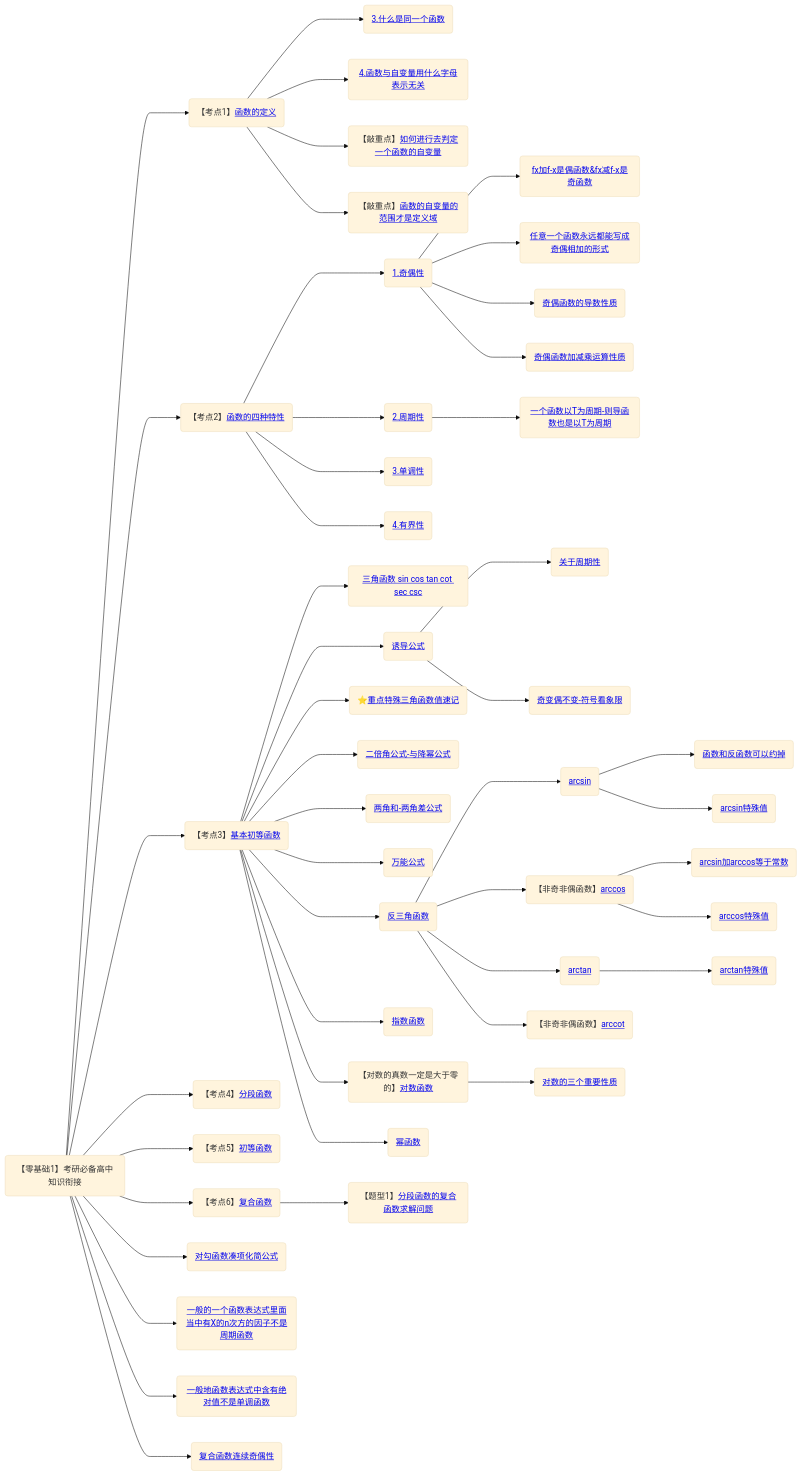
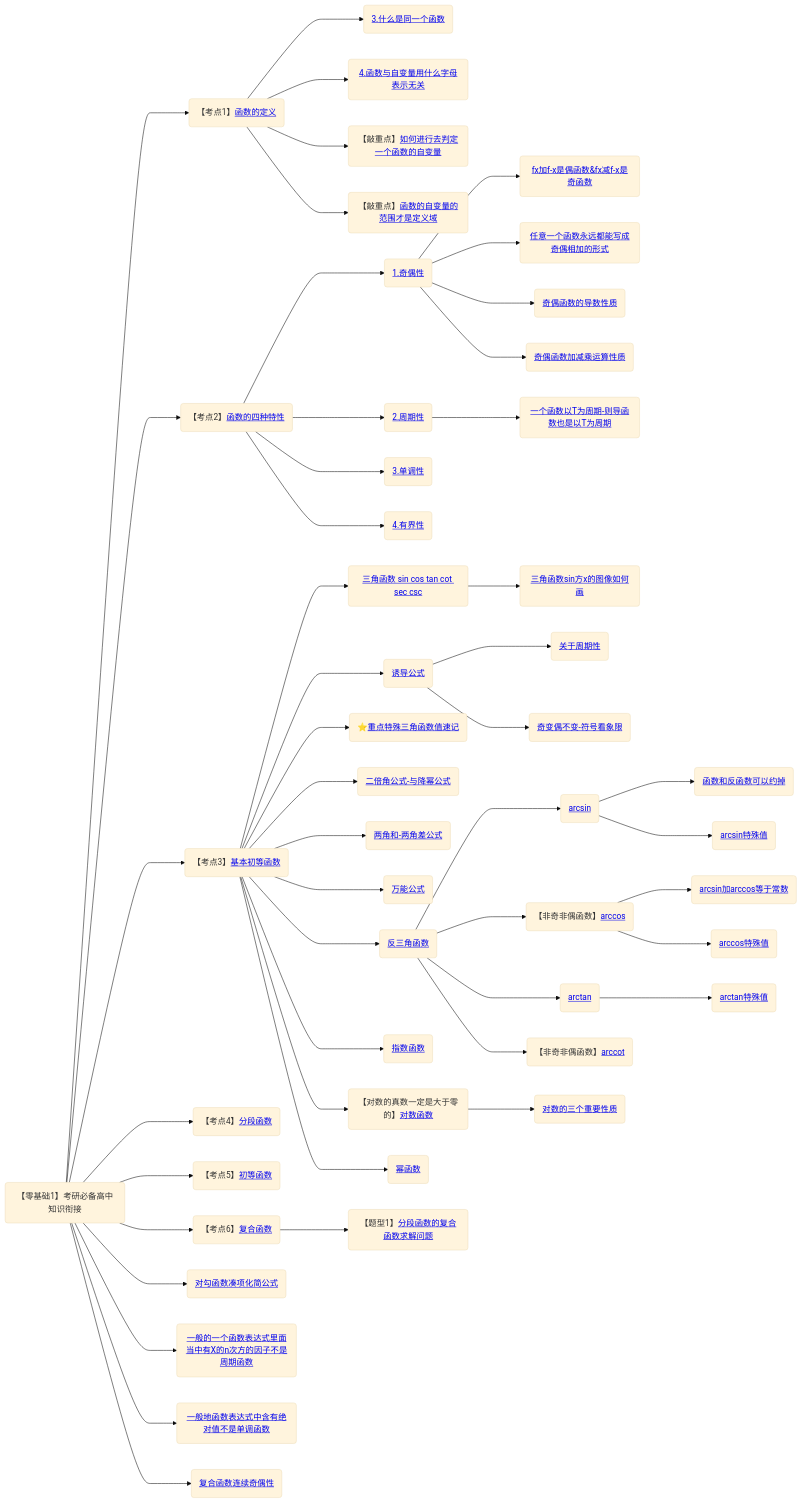
One commit to yuebinghui/note changed the second of 11 diagrams in 笔记/数学/周洋鑫/00.框架.md. Above: the diagram before and after it, drawn with Mermaid (base theme). The commit also changed other lines of this file and 3 other files, not shown here.

````diff
--- a/笔记/数学/周洋鑫/00.框架.md
+++ b/笔记/数学/周洋鑫/00.框架.md
@@ -11,74 +11,75 @@
 ```mermaid
 graph LR
 考研必备高中知识衔接(【零基础1】考研必备高中知识衔接)
 
 考研必备高中知识衔接--->函数的定义(【考点1】<a href="/Users/yuebinghui/Documents/program/github/note/笔记/数学/周洋鑫/02.零基础核心考点精讲1-1～2-1.md#函数的定义">函数的定义</>)
 函数的定义--->3.什么是同一个函数(<a href="/Users/yuebinghui/Documents/program/github/note/笔记/数学/周洋鑫/02.零基础核心考点精讲1-1～2-1.md#3.什么是同一个函数">3.什么是同一个函数</>)
 函数的定义--->4.函数与自变量用什么字母表示无关(<a href="/Users/yuebinghui/Documents/program/github/note/笔记/数学/周洋鑫/02.零基础核心考点精讲1-1～2-1.md#4.函数与自变量用什么字母表示无关">4.函数与自变量用什么字母表示无关</>)
 函数的定义--->如何进行去判定一个函数的自变量(【敲重点】<a href="/Users/yuebinghui/Documents/program/github/note/笔记/数学/周洋鑫/02.零基础核心考点精讲1-1～2-1.md#如何进行去判定一个函数的自变量">如何进行去判定一个函数的自变量</>)
 函数的定义--->函数的自变量的范围才是定义域(【敲重点】<a href="/Users/yuebinghui/Documents/program/github/note/笔记/数学/周洋鑫/02.零基础核心考点精讲1-1～2-1.md#函数的自变量的范围才是定义域">函数的自变量的范围才是定义域</>)
 
 考研必备高中知识衔接--->函数的四种特性(【考点2】<a href="/Users/yuebinghui/Documents/program/github/note/笔记/数学/周洋鑫/02.零基础核心考点精讲1-1～2-1.md#函数的四种特性">函数的四种特性</>)
 函数的四种特性--->1.奇偶性(<a href="/Users/yuebinghui/Documents/program/github/note/笔记/数学/周洋鑫/02.零基础核心考点精讲1-1～2-1.md#1.奇偶性">1.奇偶性</>)
 1.奇偶性--->fx加f-x是偶函数&fx减f-x是奇函数(<a href="/Users/yuebinghui/Documents/program/github/note/笔记/数学/周洋鑫/02.零基础核心考点精讲1-1～2-1.md#fx加f-x是偶函数&fx减f-x是奇函数">fx加f-x是偶函数&fx减f-x是奇函数</>)
 1.奇偶性--->任意一个函数永远都能写成奇偶相加的形式(<a href="/Users/yuebinghui/Documents/program/github/note/笔记/数学/周洋鑫/02.零基础核心考点精讲1-1～2-1.md#任意一个函数永远都能写成奇偶相加的形式">任意一个函数永远都能写成奇偶相加的形式</>)
 1.奇偶性--->奇偶函数的导数性质(<a href="/Users/yuebinghui/Documents/program/github/note/笔记/数学/周洋鑫/02.零基础核心考点精讲1-1～2-1.md#奇偶函数的导数性质">奇偶函数的导数性质</>)
 1.奇偶性--->奇偶函数加减乘运算性质(<a href="/Users/yuebinghui/Documents/program/github/note/笔记/数学/周洋鑫/02.零基础核心考点精讲1-1～2-1.md#奇偶函数加减乘运算性质">奇偶函数加减乘运算性质</>)
 函数的四种特性--->2.周期性(<a href="/Users/yuebinghui/Documents/program/github/note/笔记/数学/周洋鑫/02.零基础核心考点精讲1-1～2-1.md#2.周期性 ">2.周期性 </>)
 2.周期性--->一个函数以T为周期-则导函数也是以T为周期(<a href="/Users/yuebinghui/Documents/program/github/note/笔记/数学/周洋鑫/02.零基础核心考点精讲1-1～2-1.md#一个函数以T为周期-则导函数也是以T为周期">一个函数以T为周期-则导函数也是以T为周期</>)
 函数的四种特性--->3.单调性(<a href="/Users/yuebinghui/Documents/program/github/note/笔记/数学/周洋鑫/02.零基础核心考点精讲1-1～2-1.md#3.单调性">3.单调性</>)
 函数的四种特性--->4.有界性(<a href="/Users/yuebinghui/Documents/program/github/note/笔记/数学/周洋鑫/02.零基础核心考点精讲1-1～2-1.md#4.有界性">4.有界性</>)
 
 
 
 考研必备高中知识衔接--->基本初等函数(【考点3】<a href="/Users/yuebinghui/Documents/program/github/note/笔记/数学/周洋鑫/02.零基础核心考点精讲1-1～2-1.md#基本初等函数">基本初等函数</>)
 基本初等函数--->三角函数(<a href="/Users/yuebinghui/Documents/program/github/note/笔记/数学/周洋鑫/02.零基础核心考点精讲1-1～2-1.md#三角函数">三角函数 sin cos tan cot sec csc</>)
+三角函数--->三角函数sin方x的图像如何画(<a href="/Users/yuebinghui/Documents/program/github/note/笔记/数学/周洋鑫/03.零基础核心考点精讲2-2～3-1.md#三角函数sin方x的图像如何画">三角函数sin方x的图像如何画</>)
 基本初等函数--->诱导公式(<a href="/Users/yuebinghui/Documents/program/github/note/笔记/数学/周洋鑫/02.零基础核心考点精讲1-1～2-1.md#诱导公式">诱导公式</>)
 诱导公式--->关于周期性(<a href="/Users/yuebinghui/Documents/program/github/note/笔记/数学/周洋鑫/02.零基础核心考点精讲1-1～2-1.md#关于周期性">关于周期性</>)
 诱导公式--->奇变偶不变-符号看象限(<a href="/Users/yuebinghui/Documents/program/github/note/笔记/数学/周洋鑫/02.零基础核心考点精讲1-1～2-1.md#奇变偶不变-符号看象限">奇变偶不变-符号看象限</>)
 基本初等函数--->重点特殊三角函数值速记(⭐️<a href="/Users/yuebinghui/Documents/program/github/note/笔记/数学/周洋鑫/02.零基础核心考点精讲1-1～2-1.md#重点特殊三角函数值速记">重点特殊三角函数值速记</>)
 基本初等函数--->二倍角公式-与降幂公式(<a href="/Users/yuebinghui/Documents/program/github/note/笔记/数学/周洋鑫/02.零基础核心考点精讲1-1～2-1.md#二倍角公式-与降幂公式">二倍角公式-与降幂公式</>)
 基本初等函数--->两角和-两角差公式(<a href="/Users/yuebinghui/Documents/program/github/note/笔记/数学/周洋鑫/02.零基础核心考点精讲1-1～2-1.md#两角和-两角差公式">两角和-两角差公式</>)
 基本初等函数--->万能公式(<a href="/Users/yuebinghui/Documents/program/github/note/笔记/数学/周洋鑫/02.零基础核心考点精讲1-1～2-1.md#万能公式">万能公式</>)
 基本初等函数--->反三角函数(<a href="/Users/yuebinghui/Documents/program/github/note/笔记/数学/周洋鑫/02.零基础核心考点精讲1-1～2-1.md#反三角函数">反三角函数</>)
 反三角函数--->arcsin(<a href="/Users/yuebinghui/Documents/program/github/note/笔记/数学/周洋鑫/02.零基础核心考点精讲1-1～2-1.md#arcsin">arcsin</>)
 arcsin--->函数和反函数可以约掉(<a href="/Users/yuebinghui/Documents/program/github/note/笔记/数学/周洋鑫/02.零基础核心考点精讲1-1～2-1.md#函数和反函数可以约掉">函数和反函数可以约掉</>)
 arcsin--->arcsin特殊值(<a href="/Users/yuebinghui/Documents/program/github/note/笔记/数学/周洋鑫/02.零基础核心考点精讲1-1～2-1.md#arcsin特殊值">arcsin特殊值</>)
 反三角函数--->arccos(【非奇非偶函数】<a href="/Users/yuebinghui/Documents/program/github/note/笔记/数学/周洋鑫/02.零基础核心考点精讲1-1～2-1.md#arccos">arccos</>)
 arccos--->arcsin加arccos等于常数(<a href="/Users/yuebinghui/Documents/program/github/note/笔记/数学/周洋鑫/02.零基础核心考点精讲1-1～2-1.md#arcsin加arccos等于常数">arcsin加arccos等于常数</>)
 arccos--->arccos特殊值(<a href="/Users/yuebinghui/Documents/program/github/note/笔记/数学/周洋鑫/02.零基础核心考点精讲1-1～2-1.md#arccos特殊值">arccos特殊值</>)
 反三角函数--->arctan(<a href="/Users/yuebinghui/Documents/program/github/note/笔记/数学/周洋鑫/02.零基础核心考点精讲1-1～2-1.md#arctan">arctan</>)
 arctan--->arctan特殊值(<a href="/Users/yuebinghui/Documents/program/github/note/笔记/数学/周洋鑫/02.零基础核心考点精讲1-1～2-1.md#arctan特殊值">arctan特殊值</>)
 反三角函数--->arccot(【非奇非偶函数】<a href="/Users/yuebinghui/Documents/program/github/note/笔记/数学/周洋鑫/02.零基础核心考点精讲1-1～2-1.md#arccot">arccot</>)
 
 基本初等函数--->指数函数(<a href="/Users/yuebinghui/Documents/program/github/note/笔记/数学/周洋鑫/02.零基础核心考点精讲1-1～2-1.md#指数函数">指数函数</>)
 
 基本初等函数--->对数函数(【对数的真数一定是大于零的】<a href="/Users/yuebinghui/Documents/program/github/note/笔记/数学/周洋鑫/02.零基础核心考点精讲1-1～2-1.md#对数函数">对数函数</>)
 对数函数--->对数的三个重要性质(<a href="/Users/yuebinghui/Documents/program/github/note/笔记/数学/周洋鑫/02.零基础核心考点精讲1-1～2-1.md#对数的三个重要性质">对数的三个重要性质</>)
 
 基本初等函数--->幂函数(<a href="/Users/yuebinghui/Documents/program/github/note/笔记/数学/周洋鑫/02.零基础核心考点精讲1-1～2-1.md#幂函数">幂函数</>)
 
 
 
 考研必备高中知识衔接--->分段函数(【考点4】<a href="/Users/yuebinghui/Documents/program/github/note/笔记/数学/周洋鑫/03.零基础核心考点精讲2-2～3-1.md#分段函数">分段函数</>)
 
 
 
 考研必备高中知识衔接--->初等函数(【考点5】<a href="/Users/yuebinghui/Documents/program/github/note/笔记/数学/周洋鑫/03.零基础核心考点精讲2-2～3-1.md#初等函数">初等函数</>)
 
 
 考研必备高中知识衔接--->复合函数(【考点6】<a href="/Users/yuebinghui/Documents/program/github/note/笔记/数学/周洋鑫/02.零基础核心考点精讲1-1～2-1.md#复合函数">复合函数</>)
 复合函数--->分段函数的复合函数求解问题(【题型1】<a href="/Users/yuebinghui/Documents/program/github/note/笔记/数学/周洋鑫/03.零基础核心考点精讲2-2～3-1.md#分段函数的复合函数求解问题">分段函数的复合函数求解问题</>)
 考研必备高中知识衔接--->对勾函数凑项化简(<a href="/Users/yuebinghui/Documents/program/github/note/笔记/数学/周洋鑫/03.零基础核心考点精讲2-2～3-1.md#对勾函数凑项化简">对勾函数凑项化简公式</>)
 
 
 
 
 
 
 考研必备高中知识衔接--->一般的一个函数表达式里面当中有X的n次方的因子不是周期函数(<a href="/Users/yuebinghui/Documents/program/github/note/笔记/数学/周洋鑫/04.零基础核心考点精讲3-2.md#一般的一个函数表达式里面当中有X的n次方的因子不是周期函数">一般的一个函数表达式里面当中有X的n次方的因子不是周期函数</>)
 考研必备高中知识衔接--->一般地函数表达式中含有绝对值不是单调函数(<a href="/Users/yuebinghui/Documents/program/github/note/笔记/数学/周洋鑫/04.零基础核心考点精讲3-2.md#一般地函数表达式中含有绝对值不是单调函数">一般地函数表达式中含有绝对值不是单调函数</>)
 考研必备高中知识衔接--->复合函数连续奇偶性(<a href="/Users/yuebinghui/Documents/program/github/note/笔记/数学/周洋鑫/05.1.零基础核心考点精讲4-2.md#复合函数连续奇偶性">复合函数连续奇偶性</>)
 
 
 ```
````
